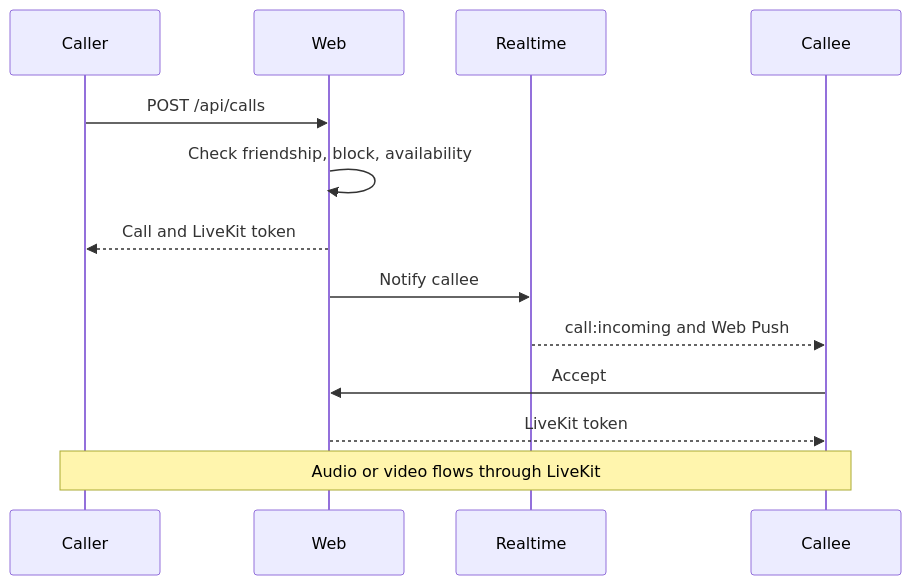
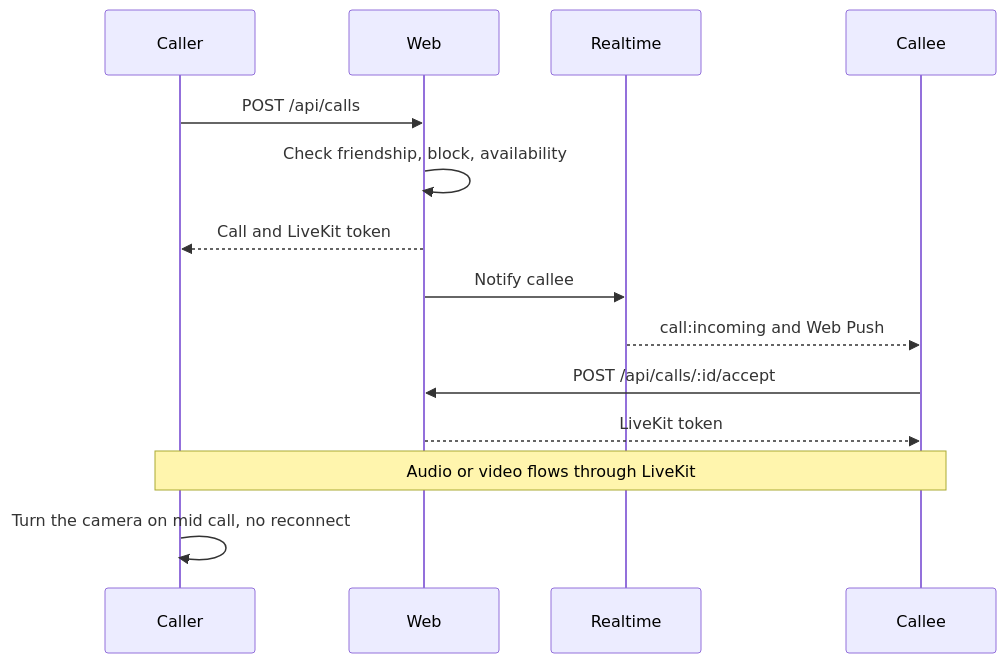
Before and after one commit to oyedokunken/gistroom: the seventh of 16 diagrams in README.md, drawn with Mermaid. The commit also changed other lines of this file, not shown here.

Commit message:
Rewrite the README with a table of contents, diagrams, API reference and module overview

````diff
--- a/README.md
+++ b/README.md
@@ -91,15 +282,16 @@
 ```mermaid
 sequenceDiagram
   participant A as Caller
   participant W as Web
   participant RT as Realtime
   participant B as Callee
   A->>W: POST /api/calls
   W->>W: Check friendship, block, availability
   W-->>A: Call and LiveKit token
   W->>RT: Notify callee
   RT-->>B: call:incoming and Web Push
-  B->>W: Accept
+  B->>W: POST /api/calls/:id/accept
   W-->>B: LiveKit token
   Note over A,B: Audio or video flows through LiveKit
+  A->>A: Turn the camera on mid call, no reconnect
 ```
````
